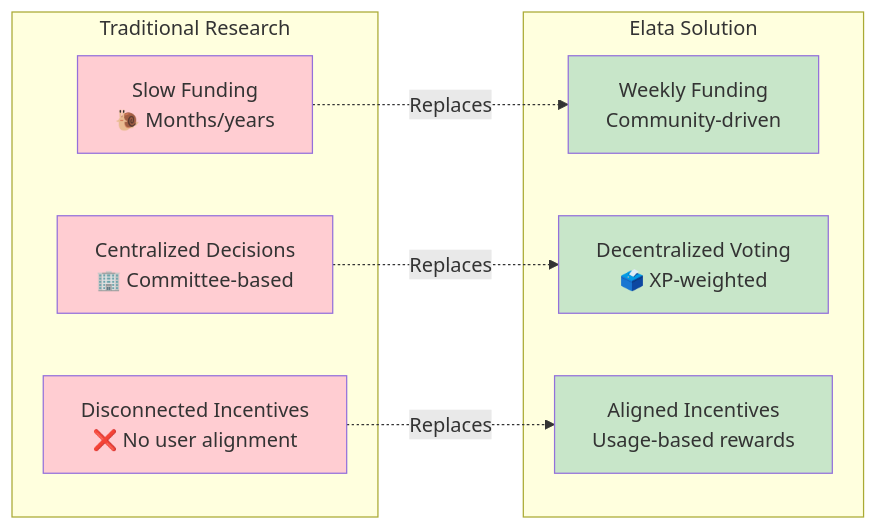
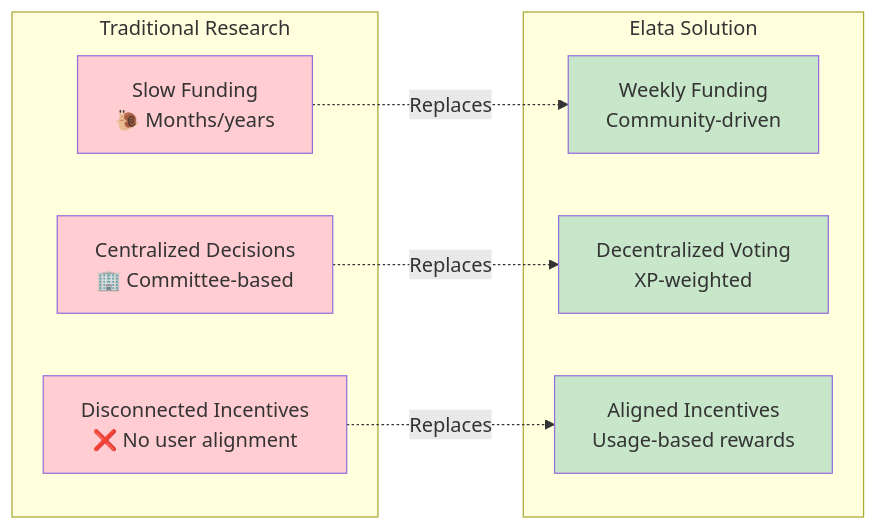
One commit to Elata-Biosciences/elata-protocol changed the first of 10 diagrams in README.md. Above: the diagram before and after it, drawn with Mermaid. The commit also changed other lines of this file and 41 other files, not shown here.

````diff
--- a/README.md
+++ b/README.md
@@ -19,25 +19,25 @@
 ```mermaid
 graph LR
     subgraph "Traditional Research"
         T1[Slow Funding<br/>🐌 Months/years]
         T2[Centralized Decisions<br/>🏢 Committee-based]
         T3[Disconnected Incentives<br/>❌ No user alignment]
     end
     
     subgraph "Elata Solution"
         S1[Weekly Funding<br/> Community-driven]
-        S2[Decentralized Voting<br/>🗳️ XP-weighted]
+        S2[Decentralized Voting<br/>XP-weighted]
         S3[Aligned Incentives<br/> Usage-based rewards]
     end
     
     T1 -.->|Replaces| S1
     T2 -.->|Replaces| S2
     T3 -.->|Replaces| S3
     
     style T1 fill:#ffcdd2
     style T2 fill:#ffcdd2
     style T3 fill:#ffcdd2
     style S1 fill:#c8e6c9
     style S2 fill:#c8e6c9
     style S3 fill:#c8e6c9
 ```
````
